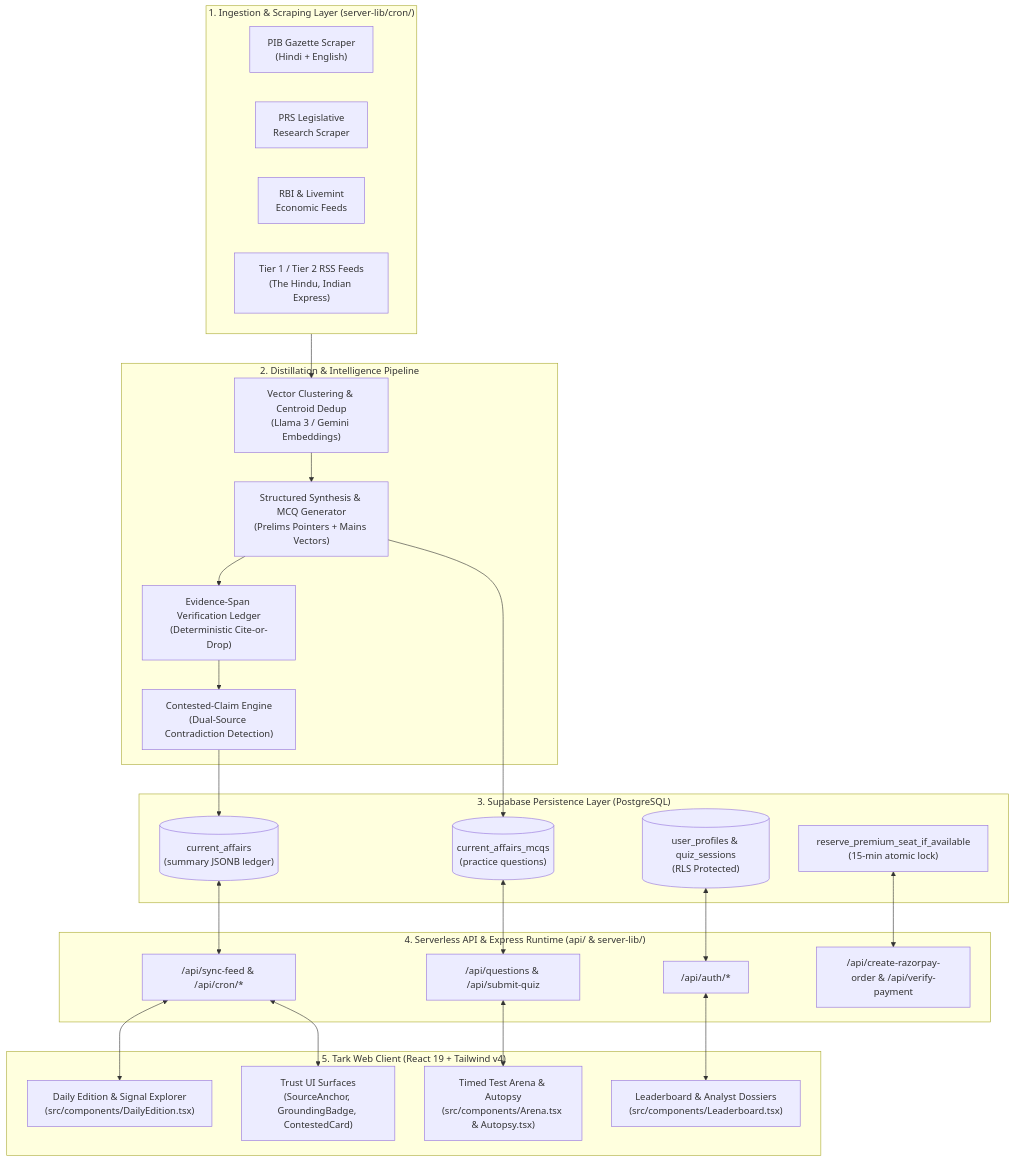
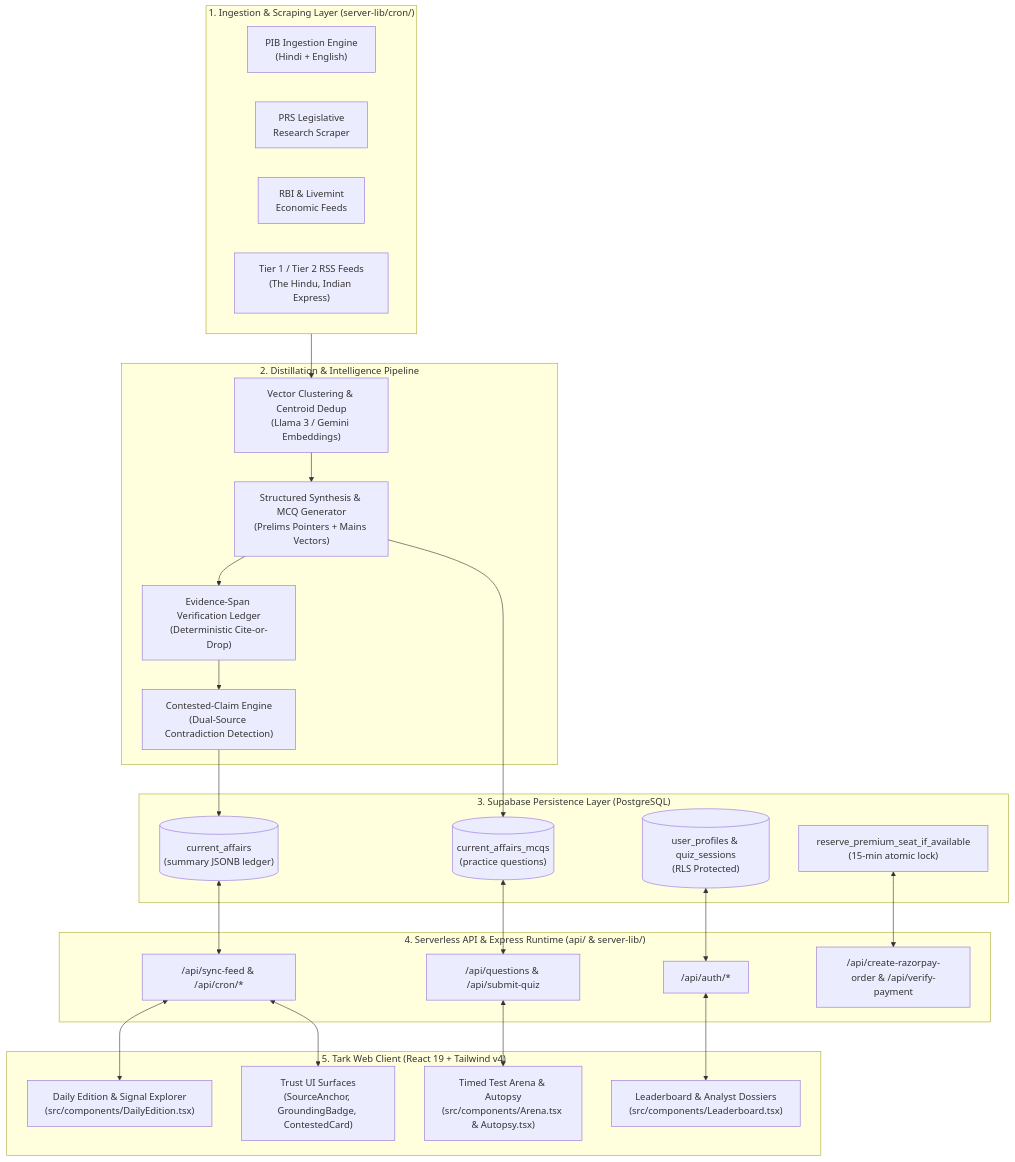
One commit to suryanshu1520-1/SKU changed the diagram in README.md. Above: the diagram before and after it, drawn with Mermaid. The commit also changed other lines of this file and 5 other files, not shown here.

````diff
--- a/README.md
+++ b/README.md
@@ -57,54 +57,54 @@
 ```mermaid
 flowchart TB
     subgraph INGESTION ["1. Ingestion & Scraping Layer (server-lib/cron/)"]
-        PIB["PIB Gazette Scraper<br/>(Hindi + English)"]
+        PIB["PIB Ingestion Engine<br/>(Hindi + English)"]
         PRS["PRS Legislative<br/>Research Scraper"]
         RBI["RBI & Livemint<br/>Economic Feeds"]
         RSS["Tier 1 / Tier 2 RSS Feeds<br/>(The Hindu, Indian Express)"]
     end
 
     subgraph PIPELINE ["2. Distillation & Intelligence Pipeline"]
         EMBED["Vector Clustering & Centroid Dedup<br/>(Llama 3 / Gemini Embeddings)"]
         SYNTH["Structured Synthesis & MCQ Generator<br/>(Prelims Pointers + Mains Vectors)"]
         VERIFY["Evidence-Span Verification Ledger<br/>(Deterministic Cite-or-Drop)"]
         CONTEST["Contested-Claim Engine<br/>(Dual-Source Contradiction Detection)"]
     end
 
     subgraph STORAGE ["3. Supabase Persistence Layer (PostgreSQL)"]
         CA_DB[("current_affairs<br/>(summary JSONB ledger)")]
         MCQ_DB[("current_affairs_mcqs<br/>(practice questions)")]
         USER_DB[("user_profiles & quiz_sessions<br/>(RLS Protected)")]
         SEAT_RPC["reserve_premium_seat_if_available<br/>(15-min atomic lock)"]
     end
 
     subgraph API ["4. Serverless API & Express Runtime (api/ & server-lib/)"]
         AUTH_API["/api/auth/*"]
         QUIZ_API["/api/questions & /api/submit-quiz"]
         FEED_API["/api/sync-feed & /api/cron/*"]
         PAY_API["/api/create-razorpay-order & /api/verify-payment"]
     end
 
     subgraph CLIENT ["5. Tark Web Client (React 19 + Tailwind v4)"]
         DAILY["Daily Edition & Signal Explorer<br/>(src/components/DailyEdition.tsx)"]
         TRUST["Trust UI Surfaces<br/>(SourceAnchor, GroundingBadge, ContestedCard)"]
         ARENA["Timed Test Arena & Autopsy<br/>(src/components/Arena.tsx & Autopsy.tsx)"]
         LEADER["Leaderboard & Analyst Dossiers<br/>(src/components/Leaderboard.tsx)"]
     end
 
     INGESTION --> EMBED
     EMBED --> SYNTH
     SYNTH --> VERIFY
     VERIFY --> CONTEST
     CONTEST --> CA_DB
     SYNTH --> MCQ_DB
 
     CA_DB <--> FEED_API
     MCQ_DB <--> QUIZ_API
     USER_DB <--> AUTH_API
     SEAT_RPC <--> PAY_API
 
     FEED_API <--> DAILY
     FEED_API <--> TRUST
     QUIZ_API <--> ARENA
     AUTH_API <--> LEADER
 ```
````
